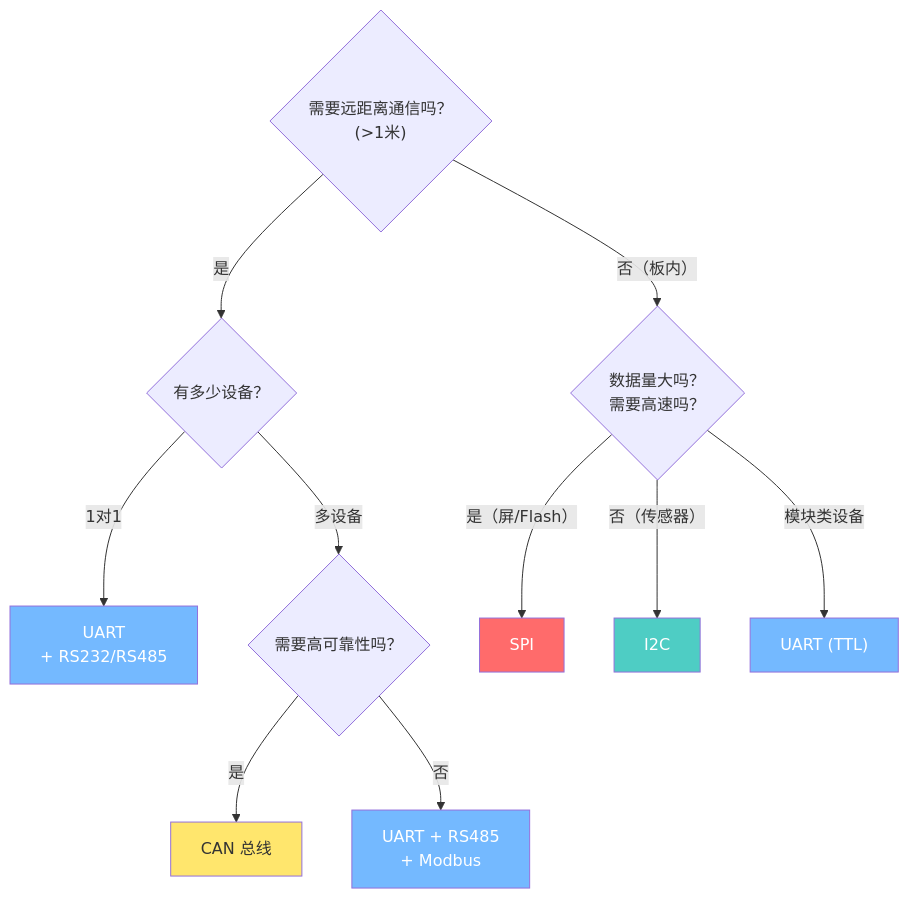
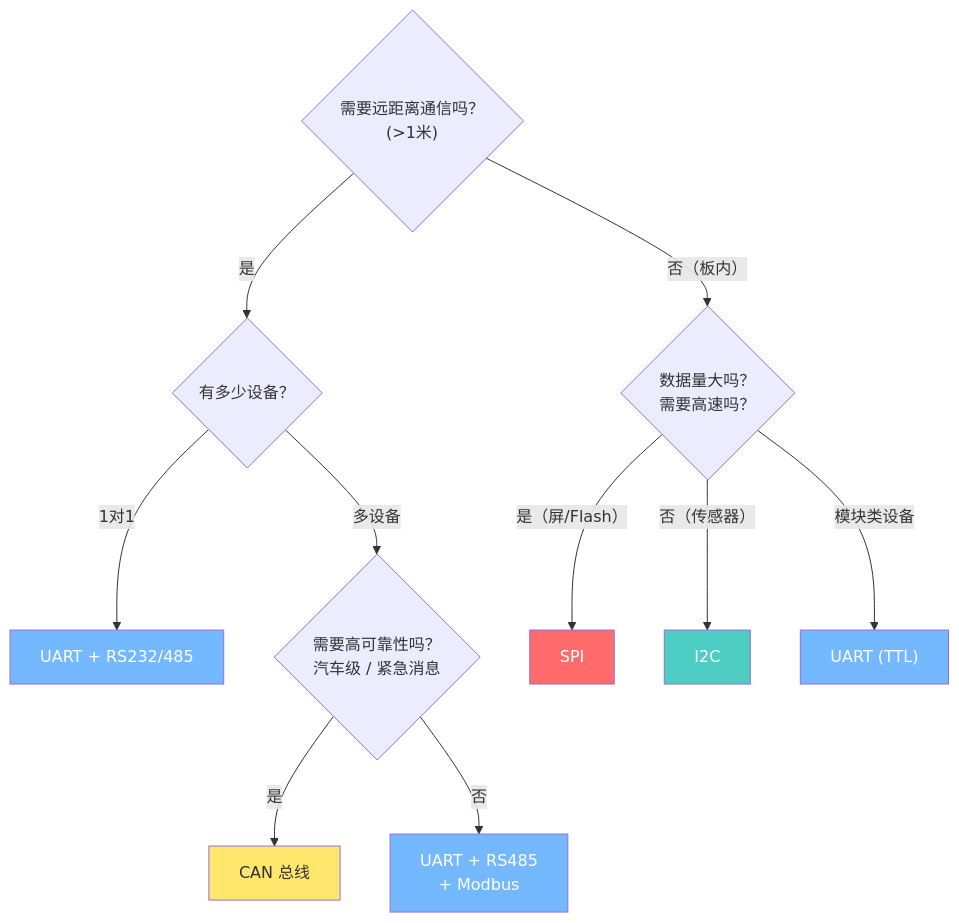
Before and after one commit to chengtao-ct/Flushingbondading_Notes: the fourth of 5 diagrams in 嵌入式/通信协议/通信协议总览.md, drawn with Mermaid. The commit also changed other lines of this file and 18 other files, not shown here.

````diff
--- a/嵌入式/通信协议/通信协议总览.md
+++ b/嵌入式/通信协议/通信协议总览.md
@@ -118,21 +165,21 @@
 ```mermaid
 graph TD
     Q1{"需要远距离通信吗？<br/>(>1米)"}
     Q1 -->|"是"| Q1a{"有多少设备？"}
-    Q1a -->|"1对1"| UART_R["UART<br/>+ RS232/RS485"]
-    Q1a -->|"多设备"| Q1b{"需要高可靠性吗？"}
+    Q1a -->|"1对1"| UART_R["UART + RS232/485"]
+    Q1a -->|"多设备"| Q1b{"需要高可靠性吗？<br/>汽车级 / 紧急消息"}
     Q1b -->|"是"| CAN["CAN 总线"]
     Q1b -->|"否"| RS485_M["UART + RS485<br/>+ Modbus"]
 
     Q1 -->|"否（板内）"| Q2{"数据量大吗？<br/>需要高速吗？"}
     Q2 -->|"是（屏/Flash）"| SPI["SPI"]
     Q2 -->|"否（传感器）"| I2C["I2C"]
     Q2 -->|"模块类设备"| UART_T["UART (TTL)"]
 
     style SPI fill:#ff6b6b,color:#fff
     style I2C fill:#4ecdc4,color:#fff
     style UART_R fill:#74b9ff,color:#fff
     style CAN fill:#ffe66d,color:#333
     style RS485_M fill:#74b9ff,color:#fff
     style UART_T fill:#74b9ff,color:#fff
 ```
````
